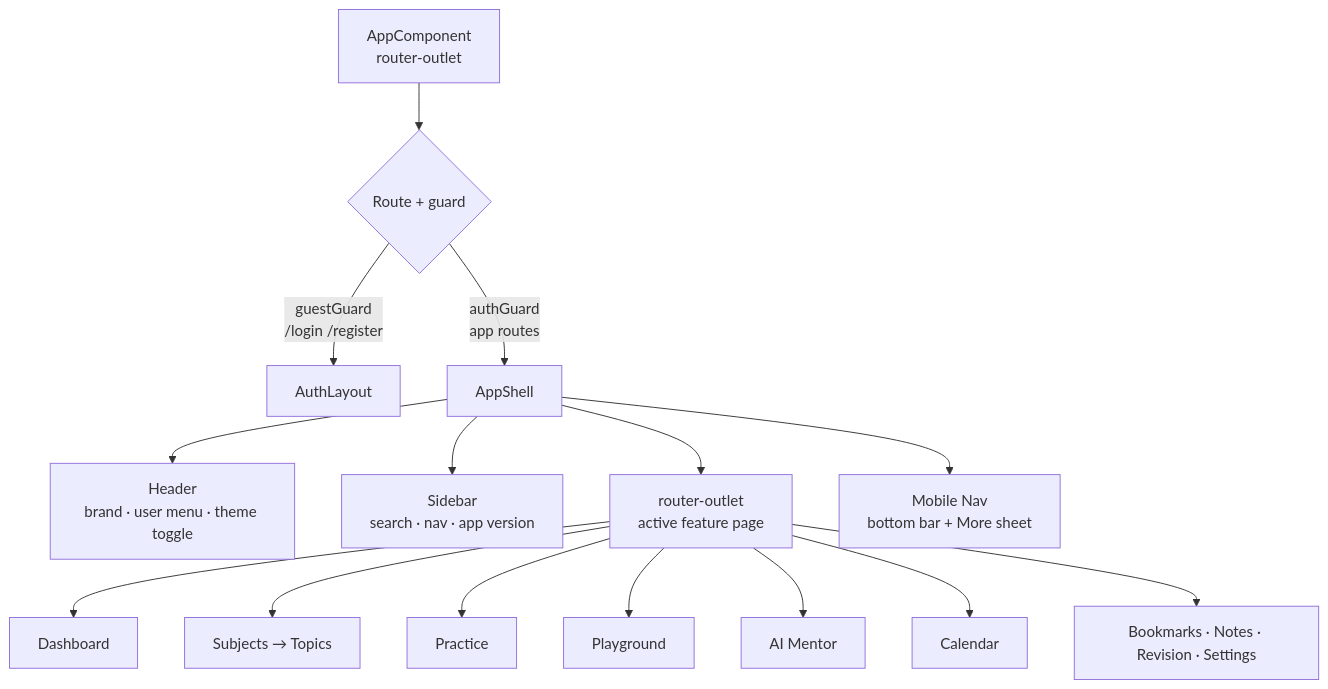
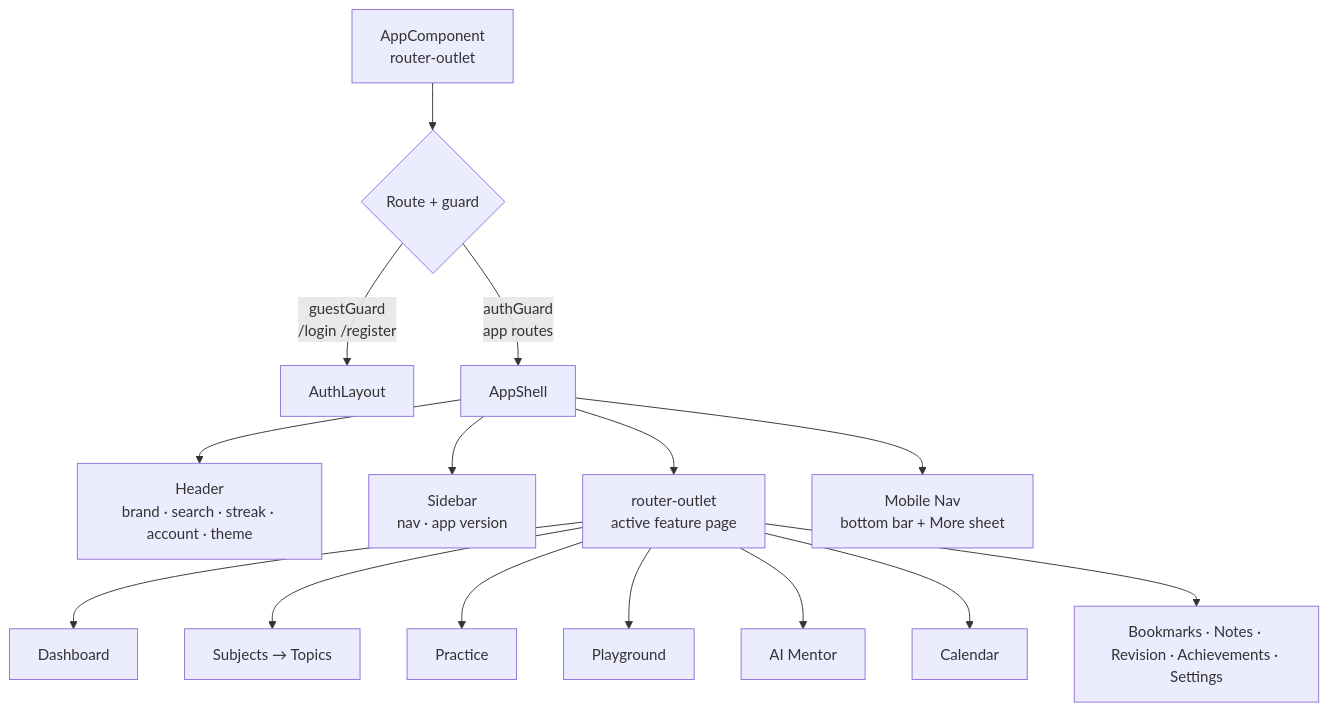
One commit to RoshanMali1205/skill-hunter changed the first of 5 diagrams in README.md. Above: the diagram before and after it, drawn with Mermaid. The commit also changed other lines of this file and 18 other files, not shown here.

````diff
--- a/README.md
+++ b/README.md
@@ -127,17 +136,17 @@
 ```mermaid
 flowchart TD
     A[AppComponent<br/>router-outlet] --> R{Route + guard}
     R -- guestGuard<br/>/login /register --> C[AuthLayout]
     R -- authGuard<br/>app routes --> D[AppShell]
-    D --> E[Header<br/>brand · user menu · theme toggle]
-    D --> F[Sidebar<br/>search · nav · app version]
+    D --> E[Header<br/>brand · search · streak · account · theme]
+    D --> F[Sidebar<br/>nav · app version]
     D --> G[router-outlet<br/>active feature page]
     D --> H[Mobile Nav<br/>bottom bar + More sheet]
     G --> I[Dashboard]
     G --> J[Subjects → Topics]
     G --> K[Practice]
     G --> L[Playground]
     G --> M[AI Mentor]
     G --> N[Calendar]
-    G --> O[Bookmarks · Notes · Revision · Settings]
+    G --> O[Bookmarks · Notes · Revision · Achievements · Settings]
 ```
````
